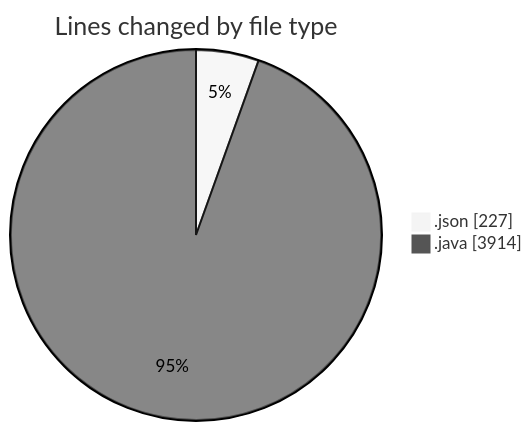
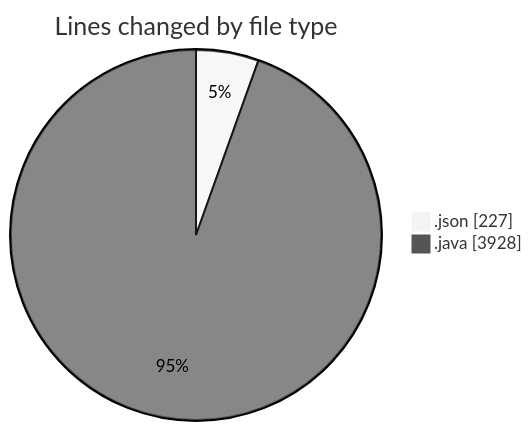
Before and after one commit to ricardozamudiocil/code-tracking: the first of 2 diagrams in 2026-05-04/cilapp/README.md, drawn with Mermaid (neutral theme). The commit also changed other lines of this file and 1 other file, not shown here.

````diff
--- a/2026-05-04/cilapp/README.md
+++ b/2026-05-04/cilapp/README.md
@@ -28,6 +28,6 @@
 ```mermaid
 pie showData
 title Lines changed by file type
 ".json" : 227
-".java" : 3914
+".java" : 3928
 ```
````
